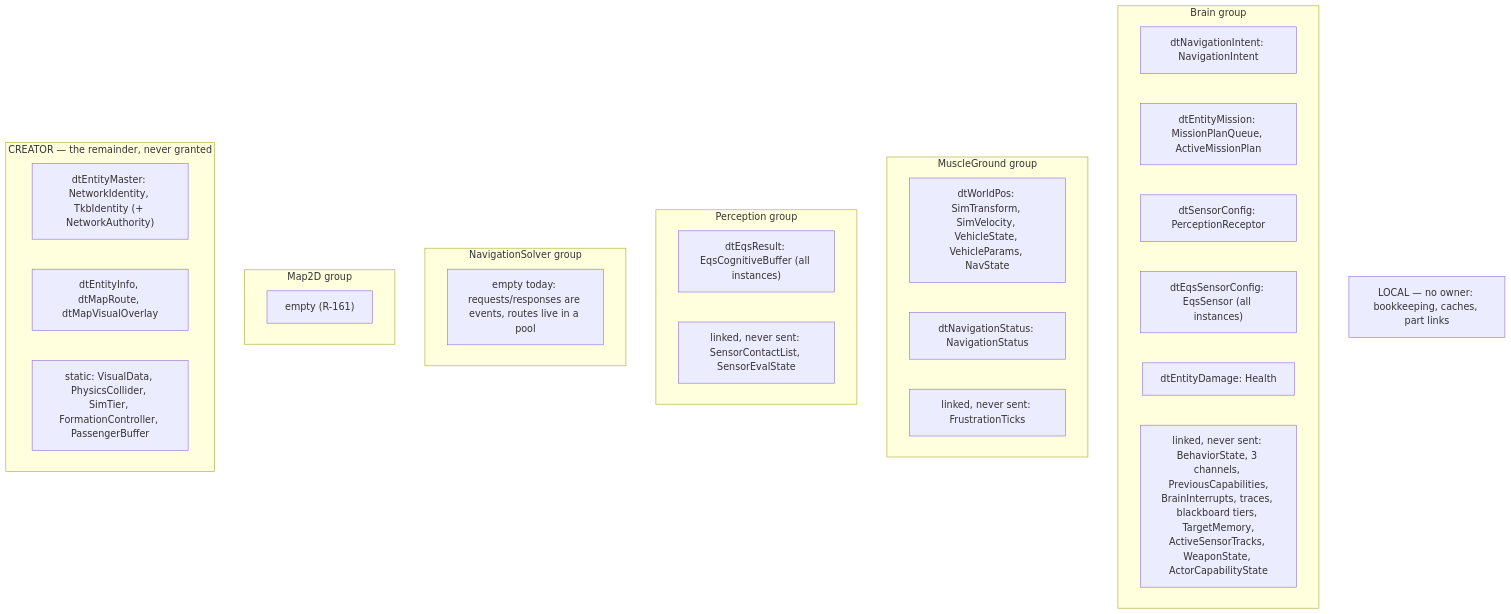
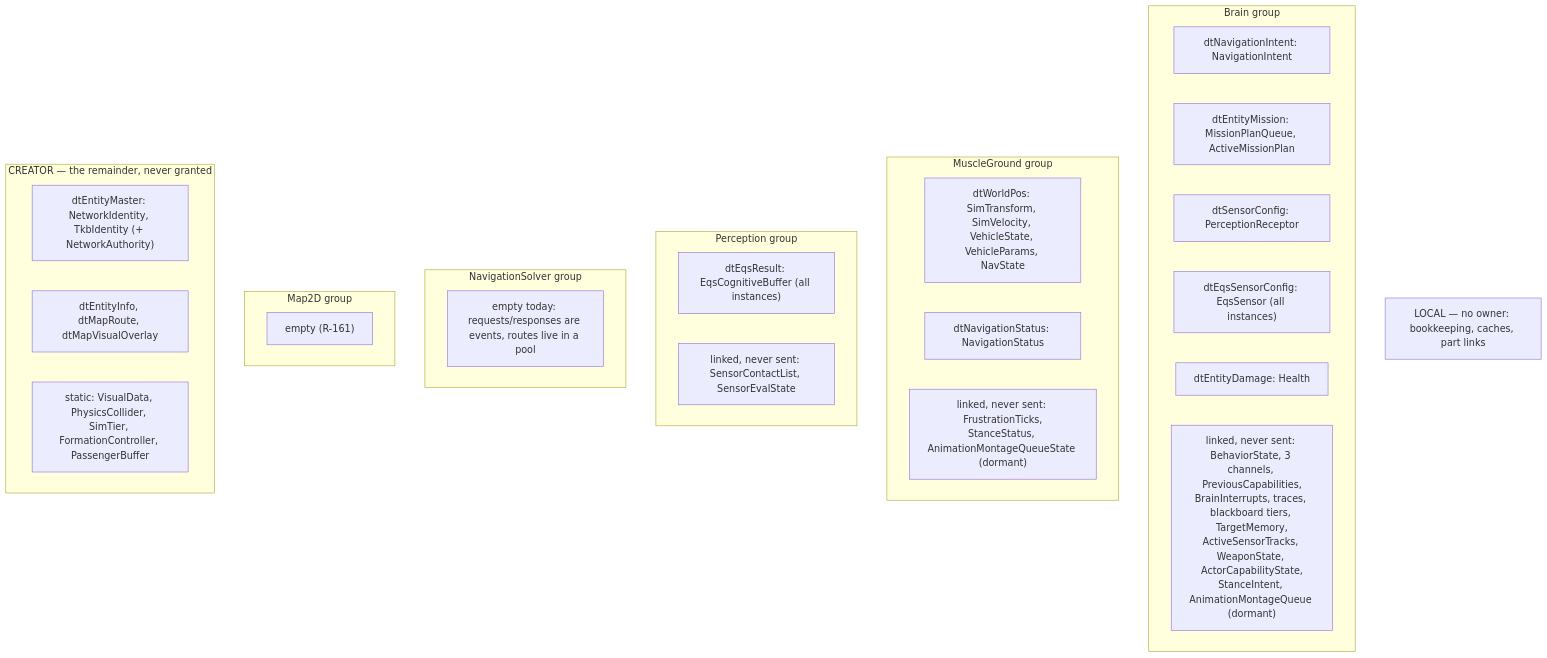
Before and after one commit to pjanec/HROT: the first of 5 diagrams in docs/DESIGN_Ownership_Groups_And_Grants.md, drawn with Mermaid. The commit also changed other lines of this file and 1 other file, not shown here.

First line of the commit message:
docs: R-173 ownership design approved; build step S1 started; animation components classified (dormant), F-9 mixed intent/status channels

````diff
--- a/docs/DESIGN_Ownership_Groups_And_Grants.md
+++ b/docs/DESIGN_Ownership_Groups_And_Grants.md
@@ -111,32 +125,32 @@
 ```mermaid
 graph TD
   subgraph BRAIN["Brain group"]
     B1["dtNavigationIntent: NavigationIntent"]
     B2["dtEntityMission: MissionPlanQueue, ActiveMissionPlan"]
     B3["dtSensorConfig: PerceptionReceptor"]
     B4["dtEqsSensorConfig: EqsSensor (all instances)"]
     B5["dtEntityDamage: Health"]
-    BL["linked, never sent: BehaviorState, 3 channels, PreviousCapabilities,<br/>BrainInterrupts, traces, blackboard tiers, TargetMemory,<br/>ActiveSensorTracks, WeaponState, ActorCapabilityState"]
+    BL["linked, never sent: BehaviorState, 3 channels, PreviousCapabilities,<br/>BrainInterrupts, traces, blackboard tiers, TargetMemory,<br/>ActiveSensorTracks, WeaponState, ActorCapabilityState,<br/>StanceIntent, AnimationMontageQueue (dormant)"]
   end
   subgraph KIN["MuscleGround group"]
     K1["dtWorldPos: SimTransform, SimVelocity, VehicleState, VehicleParams, NavState"]
     K2["dtNavigationStatus: NavigationStatus"]
-    KL["linked, never sent: FrustrationTicks"]
+    KL["linked, never sent: FrustrationTicks,<br/>StanceStatus, AnimationMontageQueueState (dormant)"]
   end
   subgraph PER["Perception group"]
     P1["dtEqsResult: EqsCognitiveBuffer (all instances)"]
     PL["linked, never sent: SensorContactList, SensorEvalState"]
   end
   subgraph NAV["NavigationSolver group"]
     N0["empty today: requests/responses are events, routes live in a pool"]
   end
   subgraph MAP["Map2D group"]
     M0["empty (R-161)"]
   end
   subgraph CRE["CREATOR — the remainder, never granted"]
     C1["dtEntityMaster: NetworkIdentity, TkbIdentity (+ NetworkAuthority)"]
     C2["dtEntityInfo, dtMapRoute, dtMapVisualOverlay"]
     C3["static: VisualData, PhysicsCollider, SimTier, FormationController, PassengerBuffer"]
   end
   LOC["LOCAL — no owner: bookkeeping, caches, part links"]
 ```
````
